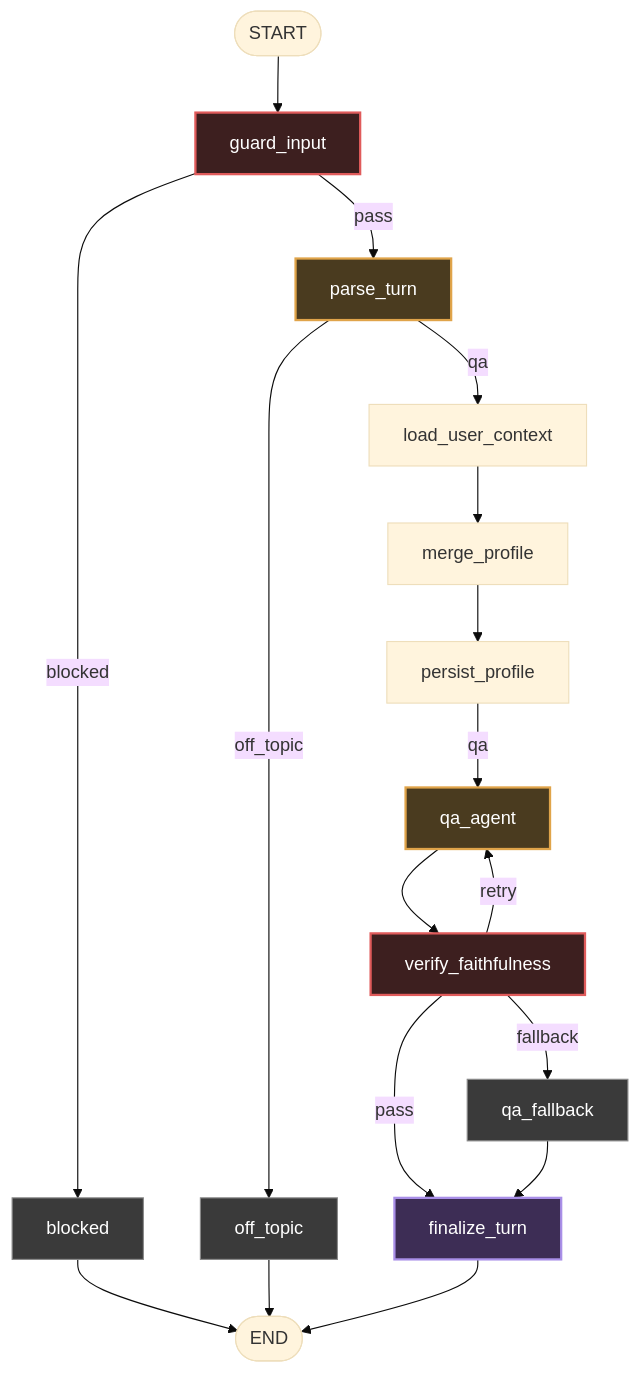
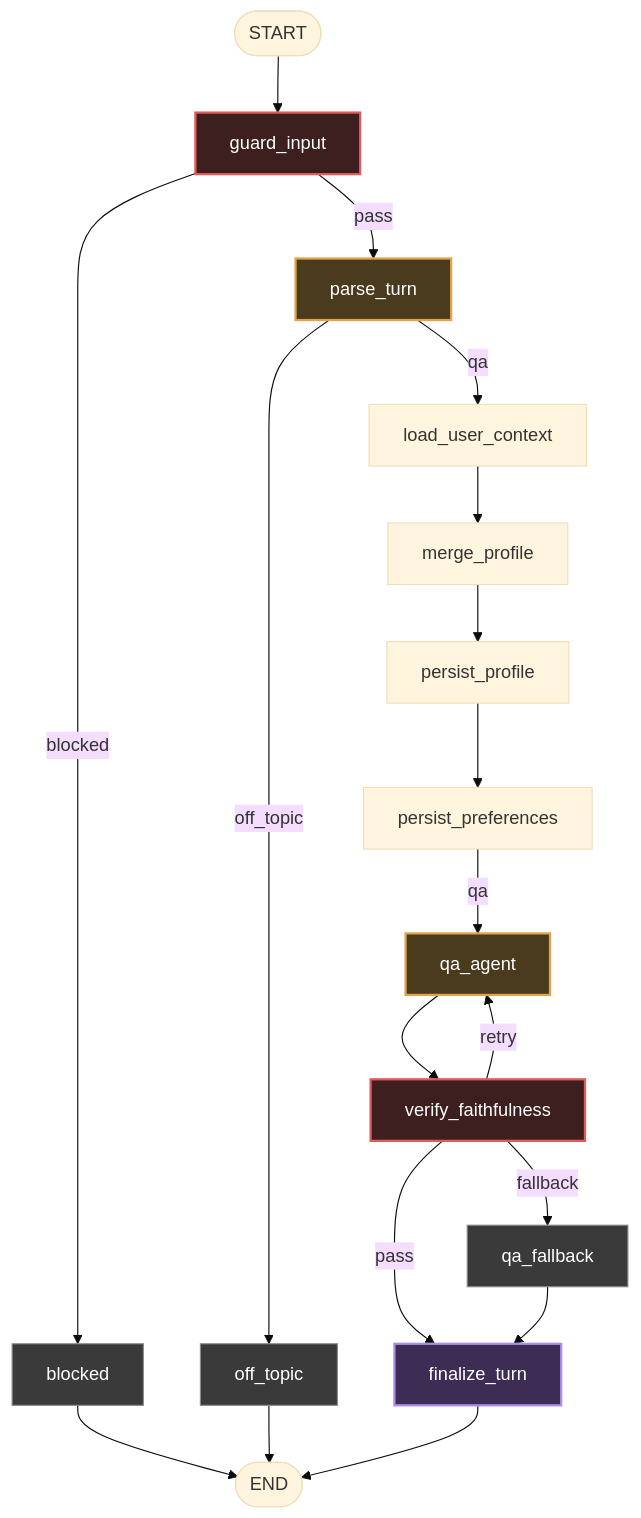
The diagram in custom-graph-architecture/docs/diagrams/qa-flow.mmd (hoanhoang-agilityio/Assistant-Learning), drawn with Mermaid (base theme) before and after one commit. The commit also changed 35 other files, not shown here.

```diff
--- a/custom-graph-architecture/docs/diagrams/qa-flow.mmd
+++ b/custom-graph-architecture/docs/diagrams/qa-flow.mmd
@@ -1,29 +1,30 @@
 %% qa flow — generated by scripts/export_graph_diagrams.py, do not edit by hand
 flowchart TD
     start([START])
     finish([END])
     start --> guard_input
     guard_input -->|blocked| blocked
     guard_input -->|pass| parse_turn
     blocked --> finish
     parse_turn -->|qa| load_user_context
     parse_turn -->|off_topic| off_topic
     load_user_context --> merge_profile
     off_topic --> finish
     merge_profile --> persist_profile
-    persist_profile -->|qa| qa_agent
+    persist_profile --> persist_preferences
+    persist_preferences -->|qa| qa_agent
     qa_agent --> verify_faithfulness
     verify_faithfulness -->|pass| finalize_turn
     verify_faithfulness -->|retry| qa_agent
     verify_faithfulness -->|fallback| qa_fallback
     finalize_turn --> finish
     qa_fallback --> finalize_turn
     classDef llm fill:#4a3b1f,stroke:#e0a44a,stroke-width:2px,color:#fff
     classDef gate fill:#3d1f1f,stroke:#e05b5b,stroke-width:2px,color:#fff
     classDef pause fill:#2d3b55,stroke:#5b8def,stroke-width:2px,color:#fff
     classDef stop fill:#3a3a3a,stroke:#8a8a8a,stroke-width:1px,color:#fff
     classDef finalize fill:#3d2d55,stroke:#a98fe8,stroke-width:2px,color:#fff
     class parse_turn,qa_agent llm
     class guard_input,verify_faithfulness gate
     class blocked,off_topic,qa_fallback stop
     class finalize_turn finalize
```
